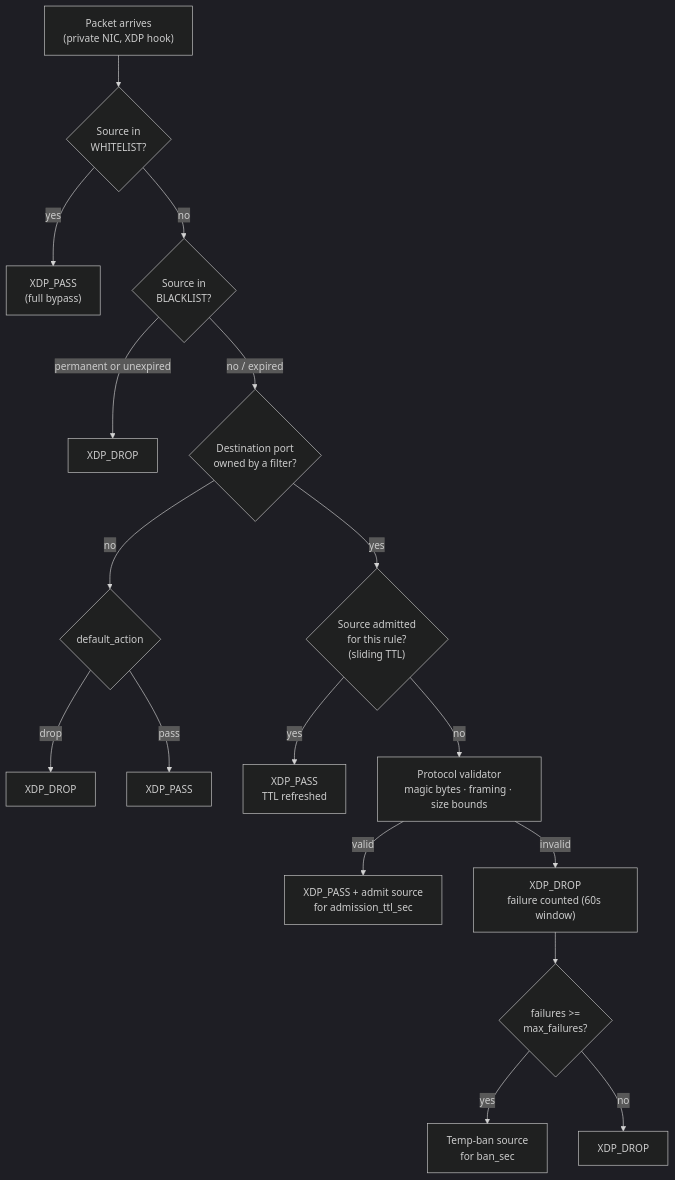
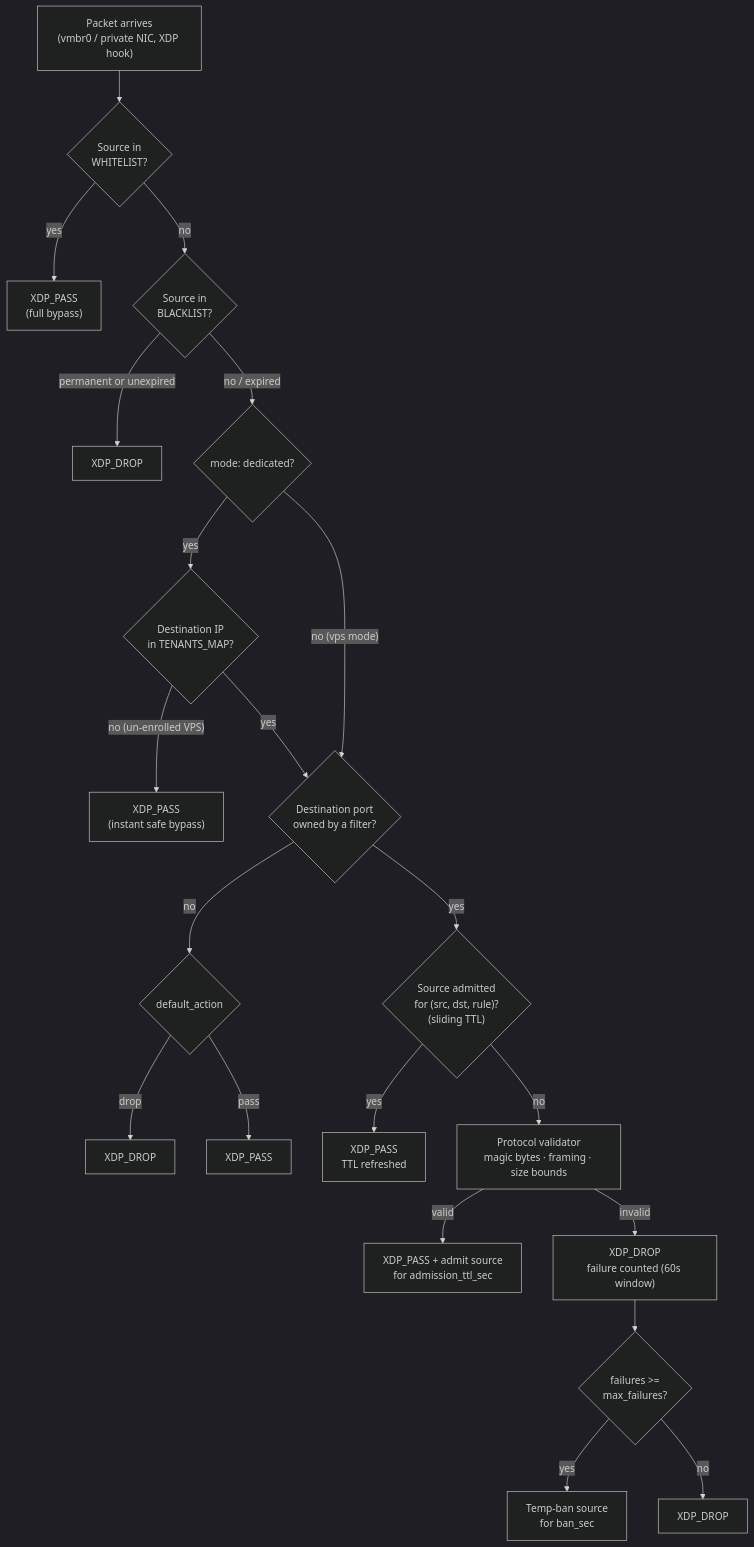
One commit to AnAverageBeing/pingless-studios-docs changed the diagram in docs/gamefilter-xdp/index.md. Above: the diagram before and after it, drawn with Mermaid (dark theme). The commit also changed other lines of this file and 410 other files, not shown here.

Commit message:
docs(gamefilter-xdp): add dedicated multi-tenant mode, topology & tenant API endpoints

````diff
--- a/docs/gamefilter-xdp/index.md
+++ b/docs/gamefilter-xdp/index.md
@@ -16,19 +34,23 @@
 ```mermaid
 flowchart TD
-    P["Packet arrives<br/>(private NIC, XDP hook)"] --> WL{"Source in<br/>WHITELIST?"}
+    P["Packet arrives<br/>(vmbr0 / private NIC, XDP hook)"] --> WL{"Source in<br/>WHITELIST?"}
     WL -->|"yes"| PASS1["XDP_PASS<br/>(full bypass)"]
     WL -->|"no"| BL{"Source in<br/>BLACKLIST?"}
     BL -->|"permanent or unexpired"| DROP1["XDP_DROP"]
-    BL -->|"no / expired"| OWN{"Destination port<br/>owned by a filter?"}
+    BL -->|"no / expired"| MODE{"mode: dedicated?"}
+    MODE -->|"yes"| TENANT{"Destination IP<br/>in TENANTS_MAP?"}
+    TENANT -->|"no (un-enrolled VPS)"| BYPASS["XDP_PASS<br/>(instant safe bypass)"]
+    TENANT -->|"yes"| OWN{"Destination port<br/>owned by a filter?"}
+    MODE -->|"no (vps mode)"| OWN
     OWN -->|"no"| DEF{"default_action"}
     DEF -->|"drop"| DROP2["XDP_DROP"]
     DEF -->|"pass"| PASS2["XDP_PASS"]
-    OWN -->|"yes"| ADM{"Source admitted<br/>for this rule?<br/>(sliding TTL)"}
+    OWN -->|"yes"| ADM{"Source admitted<br/>for (src, dst, rule)?<br/>(sliding TTL)"}
     ADM -->|"yes"| PASS3["XDP_PASS<br/>TTL refreshed"]
     ADM -->|"no"| VAL["Protocol validator<br/>magic bytes · framing · size bounds"]
     VAL -->|"valid"| ADMIT["XDP_PASS + admit source<br/>for admission_ttl_sec"]
     VAL -->|"invalid"| FAIL["XDP_DROP<br/>failure counted (60s window)"]
     FAIL --> BANQ{"failures >=<br/>max_failures?"}
     BANQ -->|"yes"| BAN["Temp-ban source<br/>for ban_sec"]
     BANQ -->|"no"| DROP3["XDP_DROP"]
 ```
````
